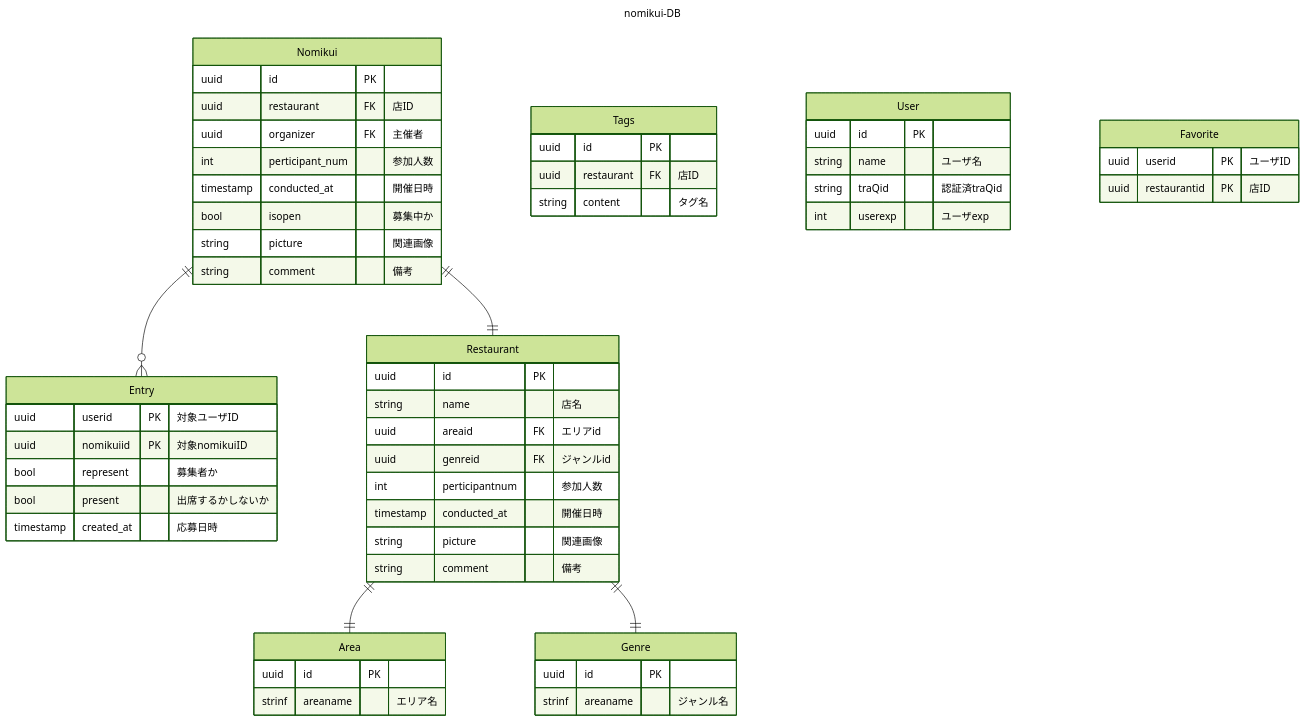
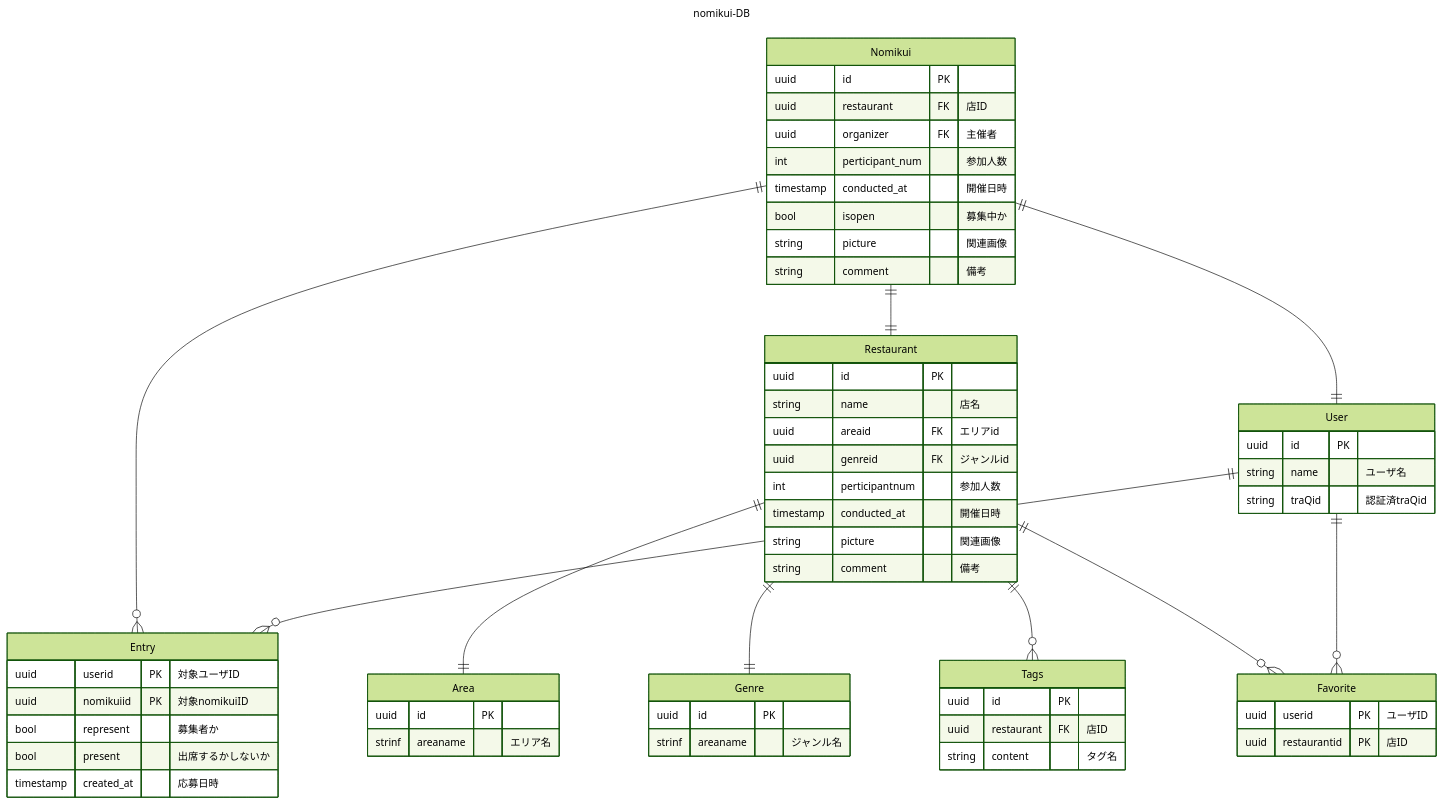
Before and after one commit to alter334/nomikui-match: the fifth of 5 diagrams in DB.md, drawn with Mermaid (forest theme). The commit also changed 1 other file, not shown here.

Commit message:
ER図の完成

````diff
--- a/DB.md
+++ b/DB.md
@@ -276,70 +276,76 @@
 ```mermaid
 ---
 title: nomikui-DB
 ---
 erDiagram
 
   Nomikui ||--o{ Entry : ""
   Nomikui ||--|| Restaurant : ""
+  Nomikui ||--|| User : ""
+
   Restaurant ||--|| Area : ""
   Restaurant ||--|| Genre : ""
+  Restaurant ||--o{ Tags : ""
+  Restaurant ||--o{ Favorite :""
+
+  User ||--o{ Favorite : ""
+  User ||--o{ Entry : ""
 
   Nomikui {
     uuid id PK
     uuid restaurant FK "店ID"
     uuid organizer FK "主催者"
     int perticipant_num "参加人数"
     timestamp conducted_at "開催日時"
     bool isopen "募集中か"
     string picture "関連画像"
     string comment "備考"
   }
 
   Entry {
     uuid userid PK "対象ユーザID"
     uuid nomikuiid PK "対象nomikuiID"
     bool represent "募集者か"
     bool present "出席するかしないか"
     timestamp created_at "応募日時"
   }
 
   Restaurant {
     uuid id PK
     string name "店名"
     uuid areaid FK "エリアid"
     uuid genreid FK "ジャンルid"
     int perticipantnum "参加人数"
     timestamp conducted_at "開催日時"
     string picture "関連画像"
     string comment "備考"
   }
 
+  User {
+    uuid id PK
+    string name "ユーザ名"
+    string traQid "認証済traQid"
+  }
+
   Area {
     uuid id PK
     strinf areaname "エリア名"
   }
 
   Genre {
     uuid id PK 
     strinf areaname "ジャンル名"
   }
 
   Tags {
     uuid id PK
     uuid restaurant FK "店ID"
     string content "タグ名"
   }
 
-  User {
-    uuid id PK
-    string name "ユーザ名"
-    string traQid "認証済traQid"
-    int userexp "ユーザexp"
-  }
-
   Favorite {
     uuid userid PK "ユーザID"
     uuid restaurantid PK "店ID"
   }
 
 ```
````
